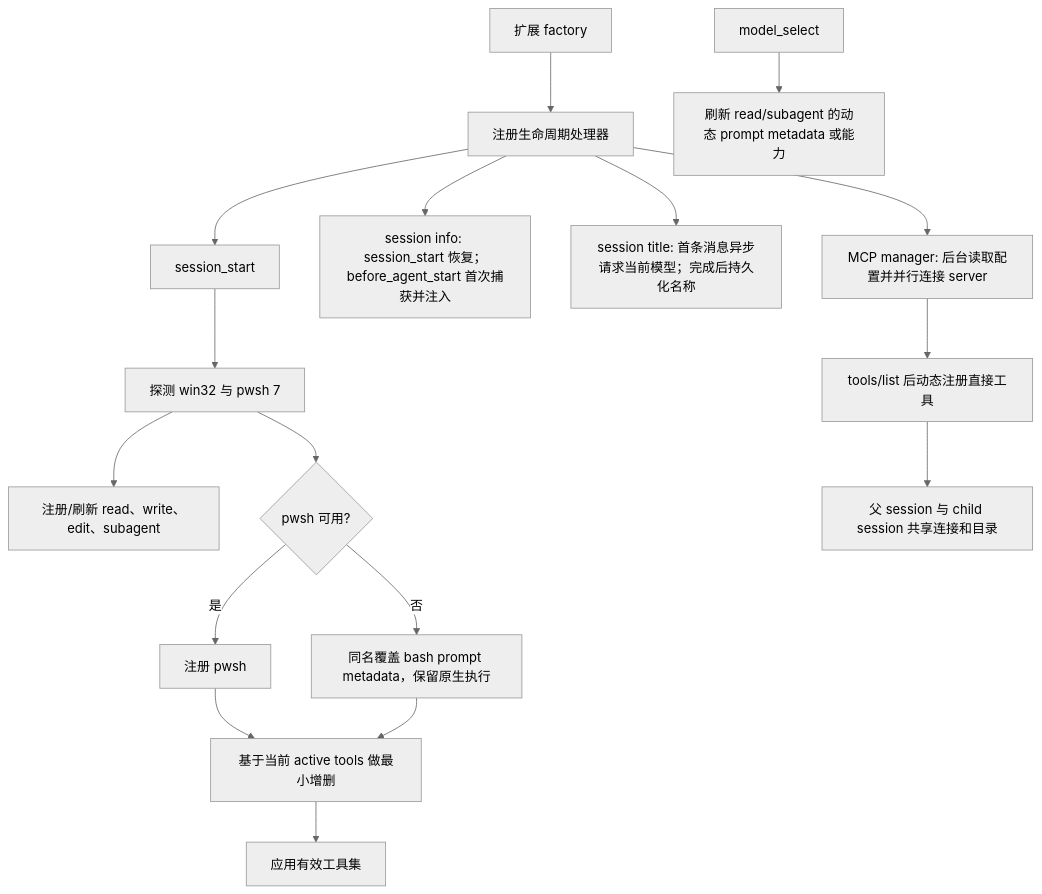
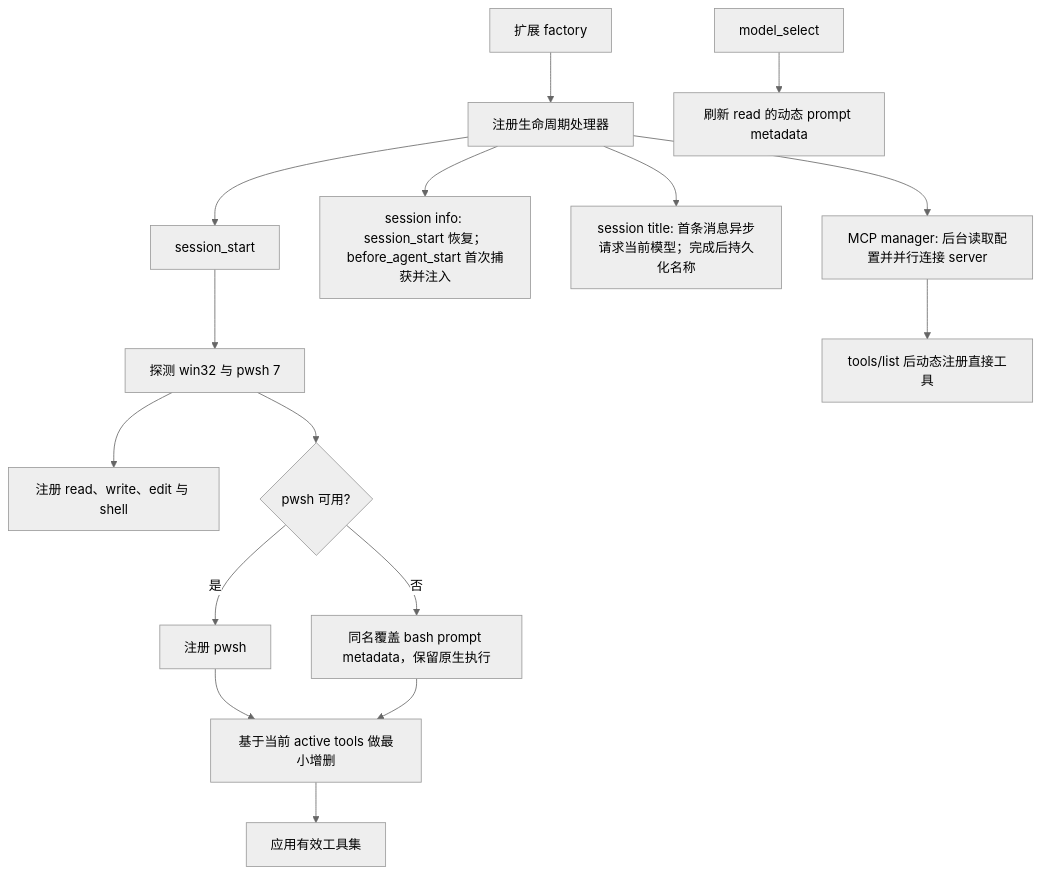
One commit to cha133/pi-enhanced changed the diagram in docs/architecture.md. Above: the diagram before and after it, drawn with Mermaid (neutral theme). The commit also changed other lines of this file and 18 other files, not shown here.

````diff
--- a/docs/architecture.md
+++ b/docs/architecture.md
@@ -31,19 +30,18 @@
 ```mermaid
 flowchart TD
     A["扩展 factory"] --> B["注册生命周期处理器"]
     B --> C["session_start"]
     C --> D["探测 win32 与 pwsh 7"]
-    D --> E["注册/刷新 read、write、edit、subagent"]
+    D --> E["注册 read、write、edit 与 shell"]
     D --> F{"pwsh 可用?"}
     F -->|是| G["注册 pwsh"]
     F -->|否| H["同名覆盖 bash prompt metadata，保留原生执行"]
     G --> I["基于当前 active tools 做最小增删"]
     H --> I
     I --> J["应用有效工具集"]
-    K["model_select"] --> L["刷新 read/subagent 的动态 prompt metadata 或能力"]
+    K["model_select"] --> L["刷新 read 的动态 prompt metadata"]
     B --> M["session info: session_start 恢复；before_agent_start 首次捕获并注入"]
     B --> N["session title: 首条消息异步请求当前模型；完成后持久化名称"]
     B --> O["MCP manager: 后台读取配置并并行连接 server"]
     O --> P["tools/list 后动态注册直接工具"]
-    P --> Q["父 session 与 child session 共享连接和目录"]
 ```
````
